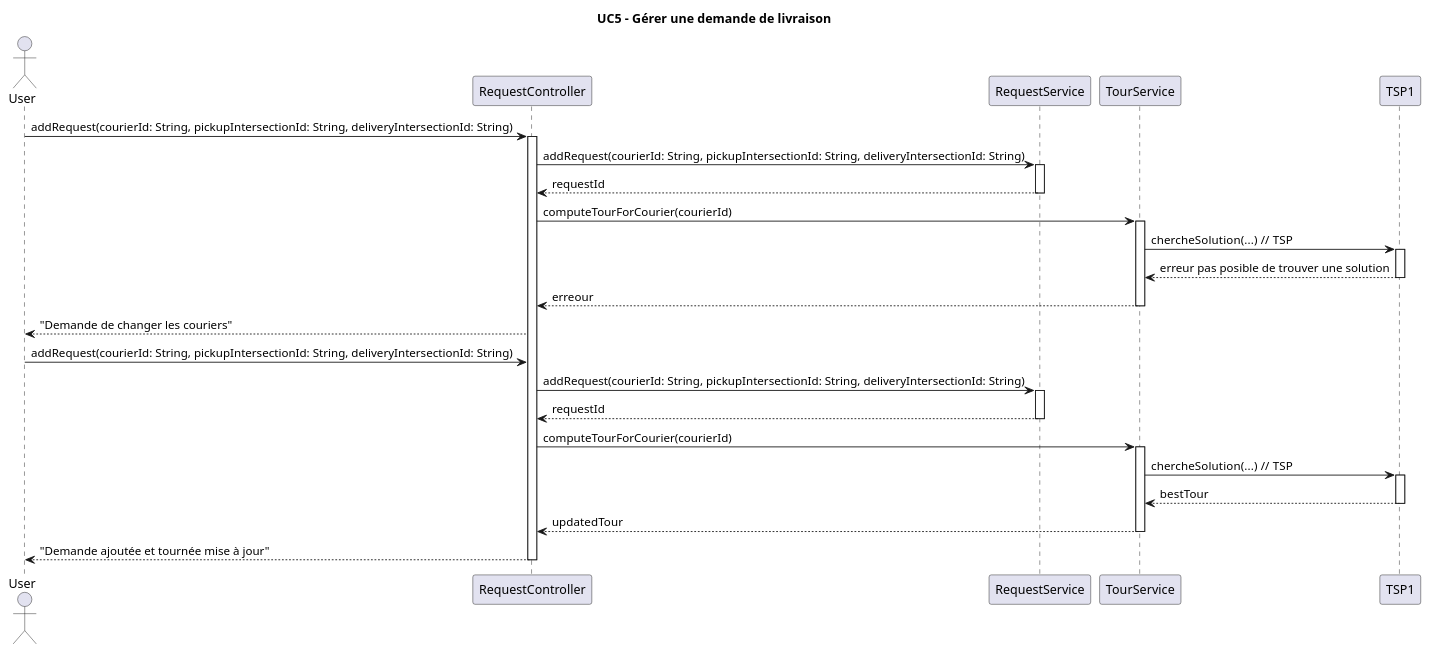
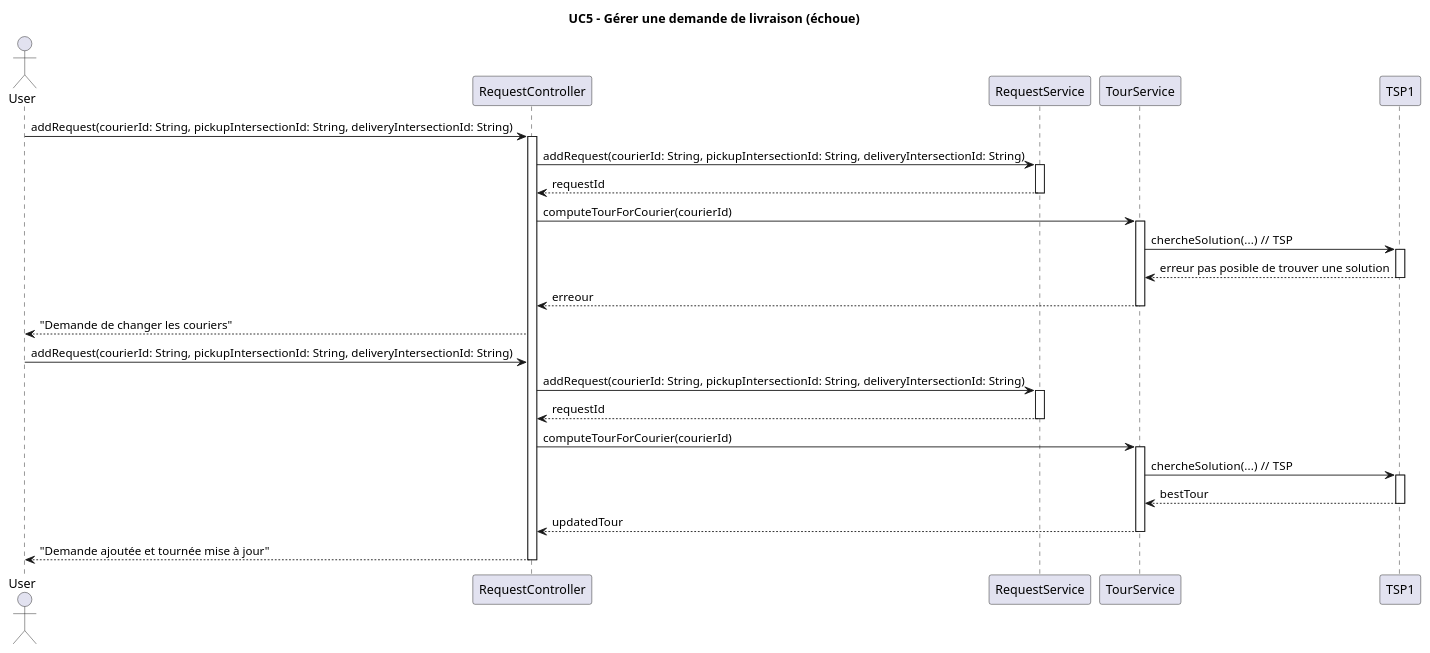
Before and after one commit to enzo-dosanjos/Pickup_Delivery_App: the diagram in diagrams/diagramUC5_Cas_échoue.plantuml, drawn with PlantUML. The commit also changed 1 other file, not shown here.

```diff
--- a/diagrams/diagramUC5_Cas_échoue.plantuml
+++ b/diagrams/diagramUC5_Cas_échoue.plantuml
@@ -1,46 +1,46 @@
 @startuml
-title UC5 - Gérer une demande de livraison
+title UC5 - Gérer une demande de livraison (échoue)
 
 actor User
 participant "RequestController" as RC
 participant "RequestService" as RS
 participant "TourService" as TS
 
 User -> RC : addRequest(courierId: String, pickupIntersectionId: String, deliveryIntersectionId: String)
 activate RC
 
 RC -> RS : addRequest(courierId: String, pickupIntersectionId: String, deliveryIntersectionId: String)
 activate RS
 RS --> RC : requestId
 deactivate RS
 
 RC -> TS : computeTourForCourier(courierId)
 activate TS
 TS -> TSP1 : chercheSolution(...)  // TSP
 activate TSP1
 TSP1 --> TS : erreur pas posible de trouver une solution
 deactivate TSP1
 TS --> RC : erreour
 deactivate TS
 
 RC --> User : "Demande de changer les couriers"
 User -> RC : addRequest(courierId: String, pickupIntersectionId: String, deliveryIntersectionId: String)
 
 
 RC -> RS : addRequest(courierId: String, pickupIntersectionId: String, deliveryIntersectionId: String)
 activate RS
 RS --> RC : requestId
 deactivate RS
 
 RC -> TS : computeTourForCourier(courierId)
 activate TS
 TS -> TSP1 : chercheSolution(...)  // TSP
 activate TSP1
 TSP1 --> TS : bestTour
 deactivate TSP1
 TS --> RC : updatedTour
 deactivate TS
 
 RC --> User : "Demande ajoutée et tournée mise à jour"
 deactivate RC
 @enduml
```
